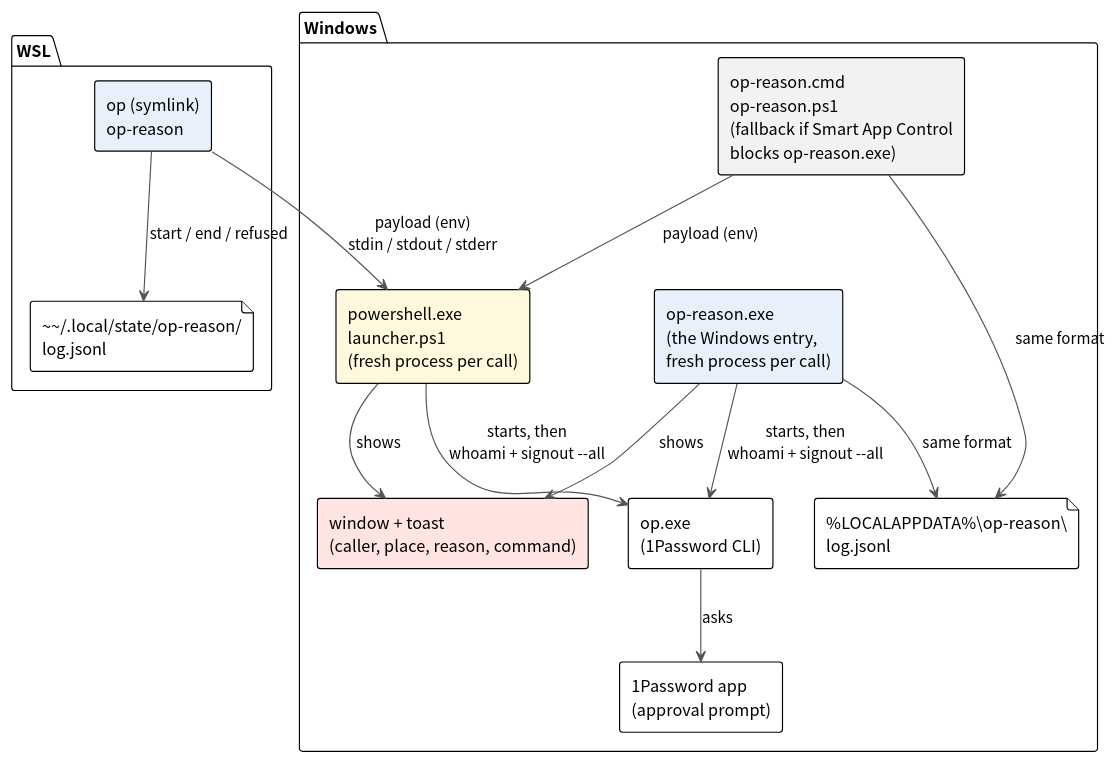
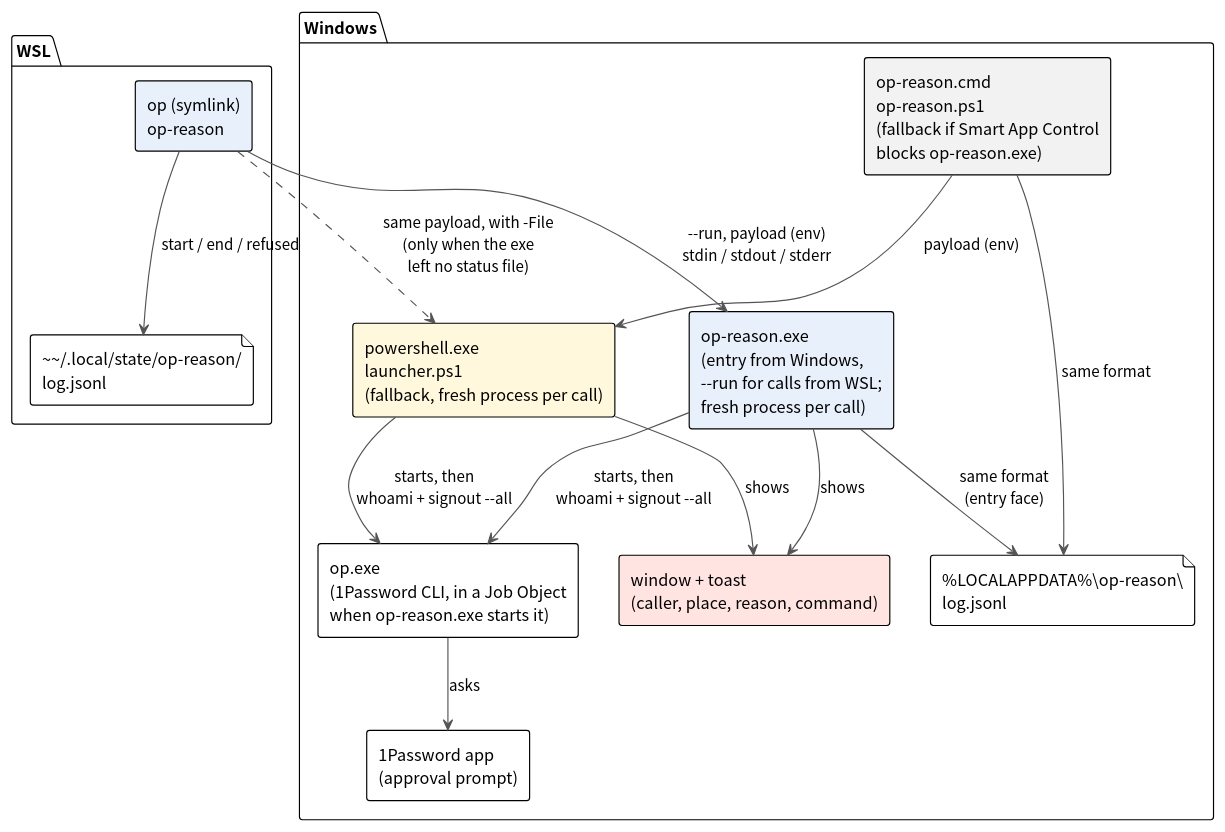
Before and after one commit to pollenjp/op-reason: the diagram in docs/architecture/plantuml/01_overview.puml, drawn with PlantUML. The commit also changed 15 other files, not shown here.

First line of the commit message:
docs: calls from WSL go through op-reason.exe, with one Windows zip

```diff
--- a/docs/architecture/plantuml/01_overview.puml
+++ b/docs/architecture/plantuml/01_overview.puml
@@ -1,31 +1,32 @@
 @startuml
 !theme plain
 skinparam defaultFontName "Noto Sans CJK JP"
 skinparam ArrowColor #555555
 skinparam componentStyle rectangle
 
 package "WSL" {
   component "op (symlink)\nop-reason" as WSLBIN #E8F1FB
   file "~~/.local/state/op-reason/\nlog.jsonl" as WSLLOG
 }
 package "Windows" {
-  component "op-reason.exe\n(the Windows entry,\nfresh process per call)" as WINEXE #E8F1FB
+  component "op-reason.exe\n(entry from Windows,\n--run for calls from WSL;\nfresh process per call)" as WINEXE #E8F1FB
   component "op-reason.cmd\nop-reason.ps1\n(fallback if Smart App Control\nblocks op-reason.exe)" as WINENTRY #F2F2F2
-  component "powershell.exe\nlauncher.ps1\n(fresh process per call)" as LAUNCHER #FFF8DC
-  component "op.exe\n(1Password CLI)" as OPEXE
+  component "powershell.exe\nlauncher.ps1\n(fallback, fresh process per call)" as LAUNCHER #FFF8DC
+  component "op.exe\n(1Password CLI, in a Job Object\nwhen op-reason.exe starts it)" as OPEXE
   component "1Password app\n(approval prompt)" as APP
   component "window + toast\n(caller, place, reason, command)" as WIN #FFE4E1
   file "%LOCALAPPDATA%\\op-reason\\\nlog.jsonl" as WINLOG
 }
 
-WSLBIN --> LAUNCHER : payload (env)\nstdin / stdout / stderr
+WSLBIN --> WINEXE : --run, payload (env)\nstdin / stdout / stderr
+WSLBIN ..> LAUNCHER : same payload, with -File\n(only when the exe\nleft no status file)
 WINENTRY --> LAUNCHER : payload (env)
 LAUNCHER --> WIN : shows
 LAUNCHER --> OPEXE : starts, then\nwhoami + signout --all
 WINEXE --> WIN : shows
 WINEXE --> OPEXE : starts, then\nwhoami + signout --all
 OPEXE --> APP : asks
 WSLBIN --> WSLLOG : start / end / refused
-WINEXE --> WINLOG : same format
+WINEXE --> WINLOG : same format\n(entry face)
 WINENTRY --> WINLOG : same format
 @enduml
```
